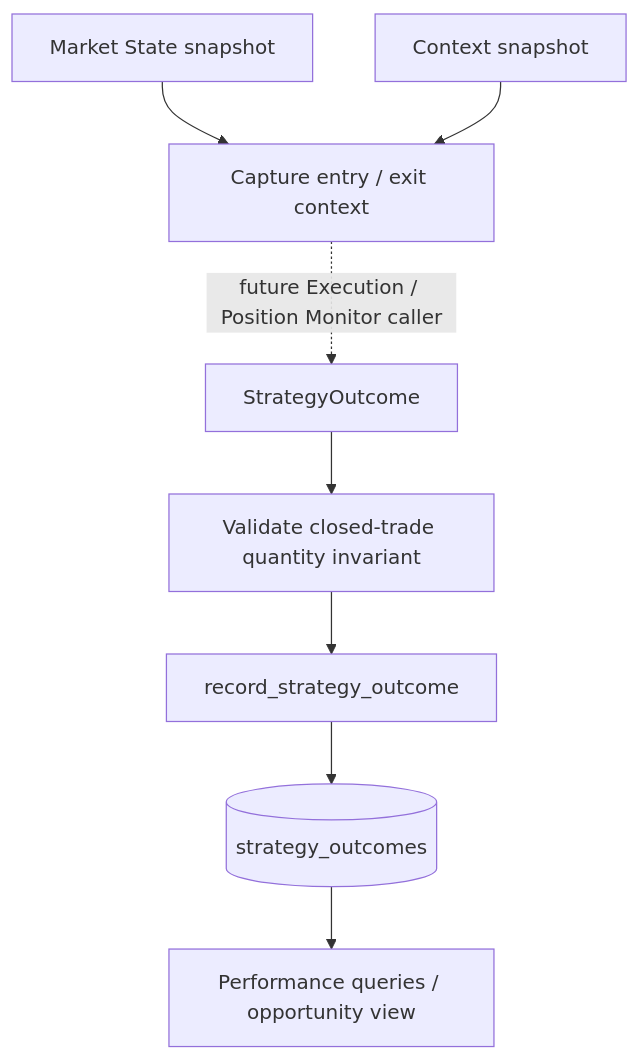
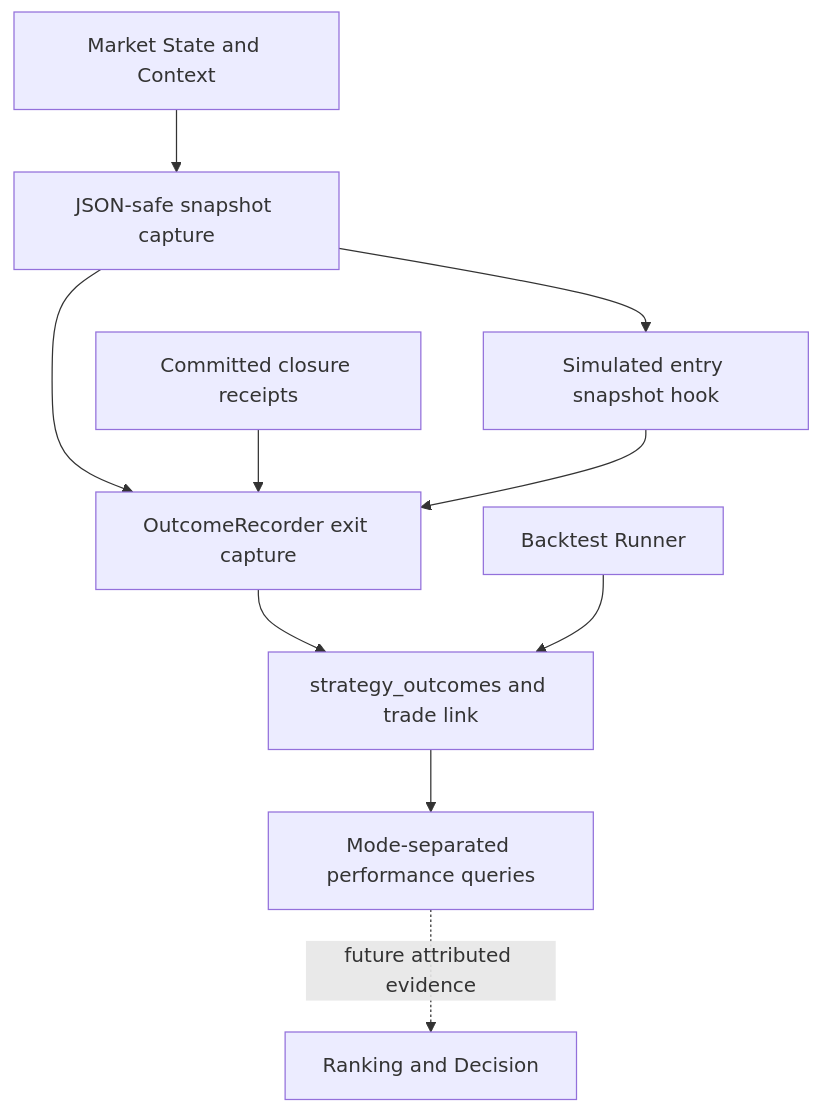
The tenth of 10 diagrams in docs/diagrams/trading-intelligence-overview.md (rotate-zero/agentic-trading-os), drawn with Mermaid before and after one commit. The commit also changed other lines of this file and 10 other files, not shown here.

Commit message:
opportunity-decision-planning-governor-contract-refinement

````diff
--- a/docs/diagrams/trading-intelligence-overview.md
+++ b/docs/diagrams/trading-intelligence-overview.md
@@ -177,10 +190,12 @@
 ```mermaid
 flowchart TD
-    MARKET[Market State snapshot] --> CAPTURE[Capture entry / exit context]
-    CONTEXT[Context snapshot] --> CAPTURE
-    CAPTURE -. future Execution / Position Monitor caller .-> OUTCOME[StrategyOutcome]
-    OUTCOME --> VALIDATE[Validate closed-trade quantity invariant]
-    VALIDATE --> WRITE[record_strategy_outcome]
-    WRITE --> DB[(strategy_outcomes)]
-    DB --> QUERY[Performance queries / opportunity view]
+    M["Market State and Context"] --> CAP["JSON-safe snapshot capture"]
+    CAP --> ENTRY["Simulated entry snapshot hook"]
+    CAP --> EXIT["OutcomeRecorder exit capture"]
+    FILL["Committed closure receipts"] --> EXIT
+    ENTRY --> EXIT
+    EXIT --> DB["strategy_outcomes and trade link"]
+    BT["Backtest Runner"] --> DB
+    DB --> QUERY["Mode-separated performance queries"]
+    QUERY -. future attributed evidence .-> R["Ranking and Decision"]
 ```
````
